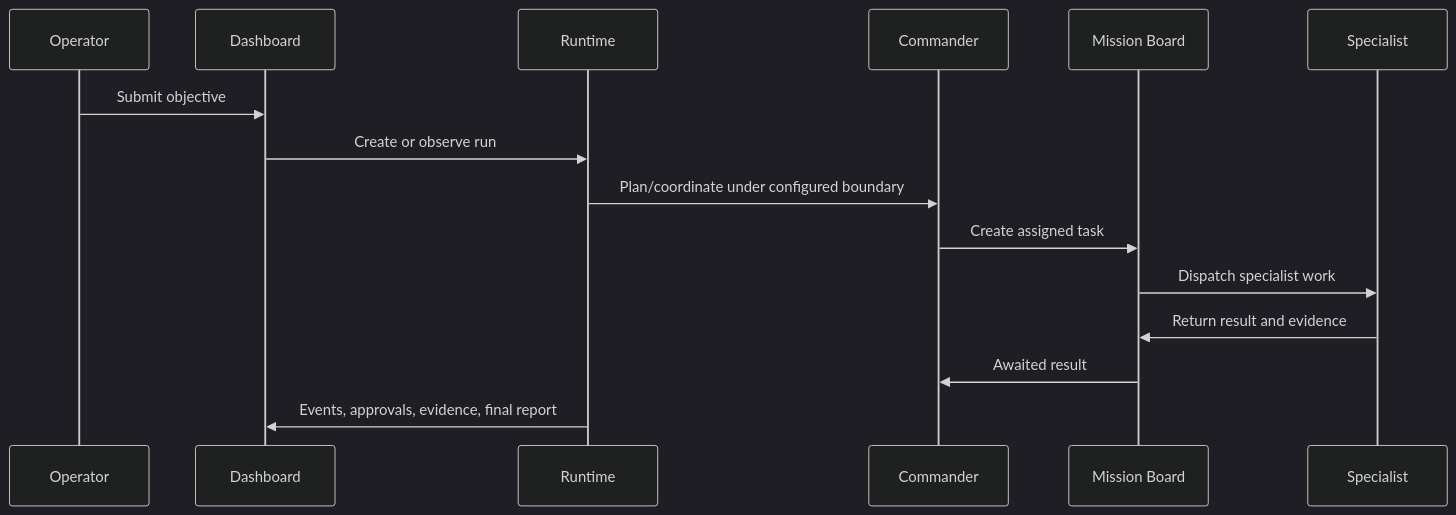
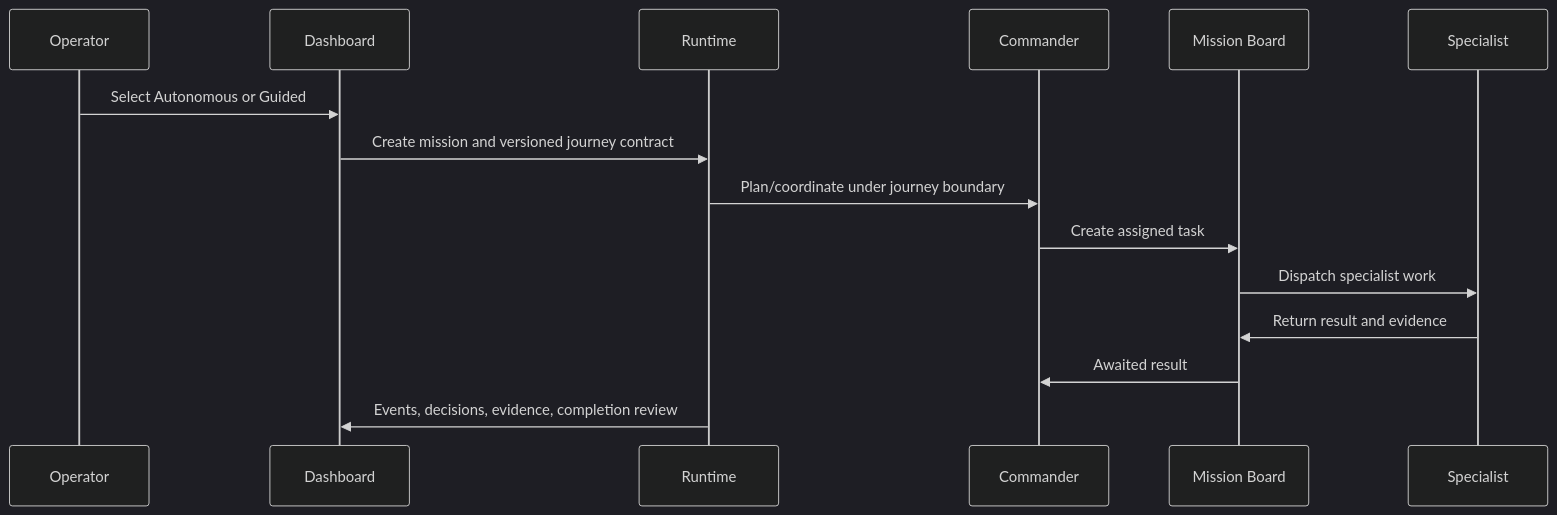
Before and after one commit to moeyahia/chillspwn-hermes-recovery: the second of 2 diagrams in chillspwn/plugin/webapp/docs/architecture.md, drawn with Mermaid (dark theme). The commit also changed other lines of this file and 30 other files, not shown here.

````diff
--- a/chillspwn/plugin/webapp/docs/architecture.md
+++ b/chillspwn/plugin/webapp/docs/architecture.md
@@ -57,18 +61,18 @@
 ```mermaid
 sequenceDiagram
   participant O as Operator
   participant UI as Dashboard
   participant R as Runtime
   participant C as Commander
   participant B as Mission Board
   participant S as Specialist
 
-  O->>UI: Submit objective
-  UI->>R: Create or observe run
-  R->>C: Plan/coordinate under configured boundary
+  O->>UI: Select Autonomous or Guided
+  UI->>R: Create mission and versioned journey contract
+  R->>C: Plan/coordinate under journey boundary
   C->>B: Create assigned task
   B->>S: Dispatch specialist work
   S->>B: Return result and evidence
   B->>C: Awaited result
-  R->>UI: Events, approvals, evidence, final report
+  R->>UI: Events, decisions, evidence, completion review
 ```
````
